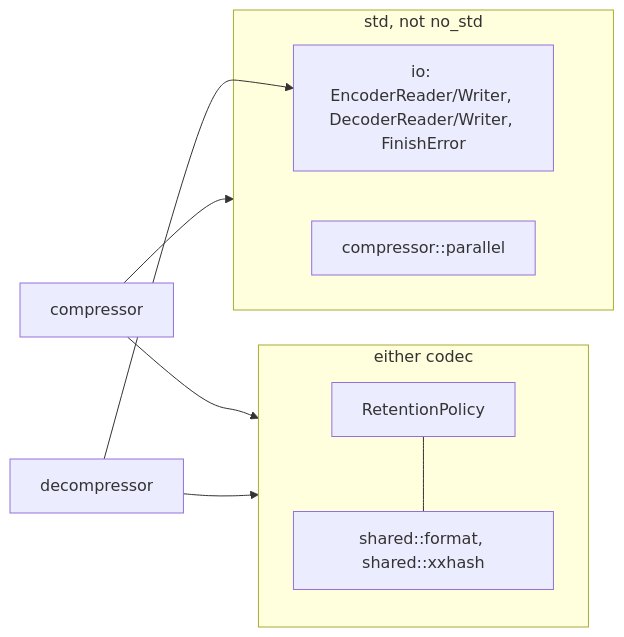
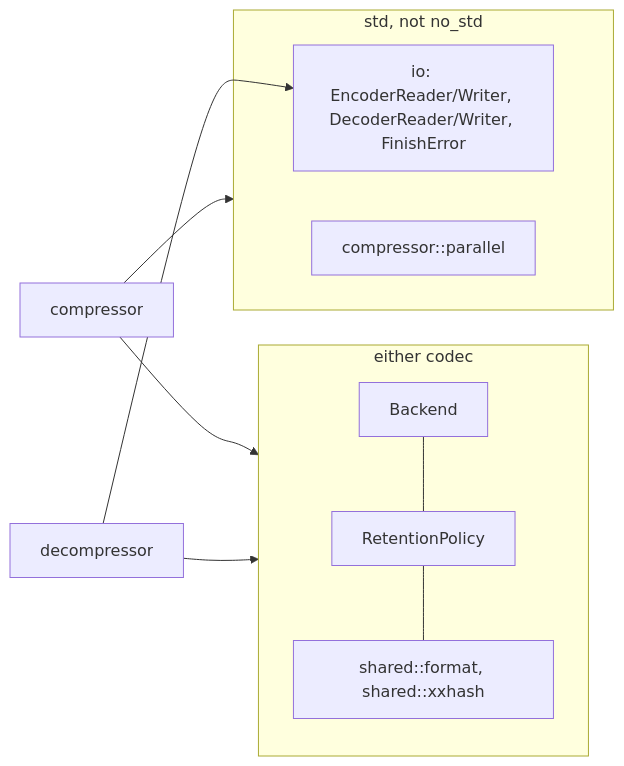
The second of 2 diagrams in architecture/codec-features.md (M-Compressors/mzstd), drawn with Mermaid before and after one commit. The commit also changed other lines of this file and 52 other files, not shown here.

````diff
--- a/architecture/codec-features.md
+++ b/architecture/codec-features.md
@@ -30,14 +39,15 @@
 ```mermaid
 graph LR
     subgraph always[either codec]
         R[RetentionPolicy] --- S[shared::format, shared::xxhash]
+        B[Backend] --- R
     end
     subgraph stdonly["std, not no_std"]
         IO[io: EncoderReader/Writer, DecoderReader/Writer, FinishError]
         P[compressor::parallel]
     end
     C[compressor] --> always
     Dc[decompressor] --> always
     C --> stdonly
     Dc --> IO
 ```
````
